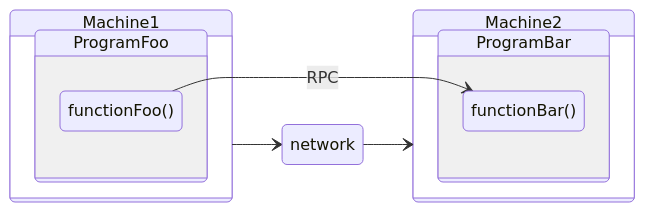
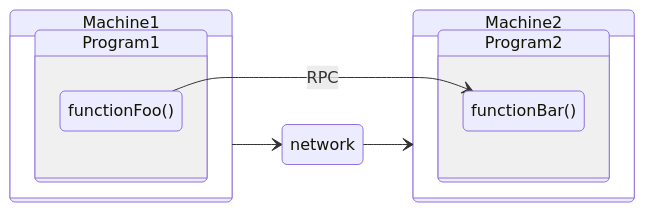
Before and after one commit to basondole/basondole.github.io: the third of 3 diagrams in blog/networkauto/grpc.md, drawn with Mermaid.

````diff
--- a/blog/networkauto/grpc.md
+++ b/blog/networkauto/grpc.md
@@ -98,18 +98,18 @@
 ```mermaid
 stateDiagram-v2
 direction LR
 state Machine1 {
-  state ProgramFoo {
+  state Program1 {
    functionFoo()
   }
  }
 state Machine2 {
-  state ProgramBar {
+  state Program2 {
       functionBar()
     }
 }
 
 Machine1 --> network
 network --> Machine2
 functionFoo() --> functionBar(): RPC
 ```
````
